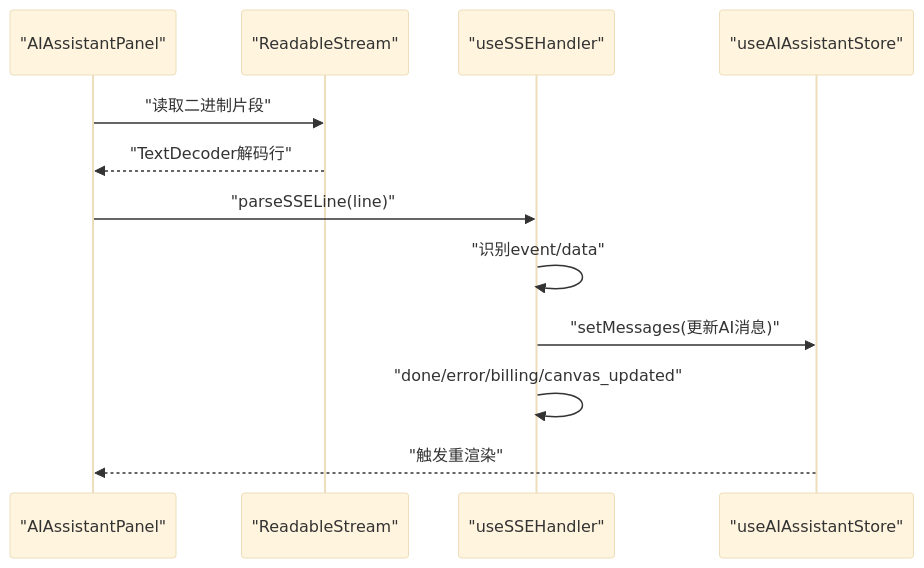
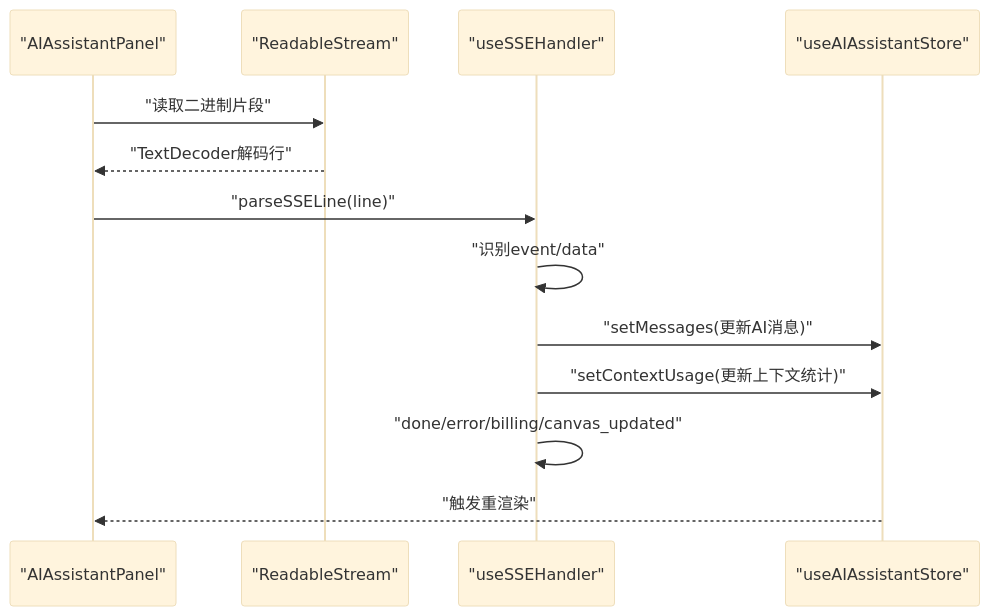
The seventh of 10 diagrams in .qoder/repowiki/zh/content/前端应用架构/UI组件库/画布组件系统/AI助手面板.md (KunLabAI/KunFlix), drawn with Mermaid (base theme) before and after one commit. The commit also changed other lines of this file and 15 other files, not shown here.

````diff
--- a/.qoder/repowiki/zh/content/前端应用架构/UI组件库/画布组件系统/AI助手面板.md
+++ b/.qoder/repowiki/zh/content/前端应用架构/UI组件库/画布组件系统/AI助手面板.md
@@ -290,14 +353,15 @@
 ```mermaid
 sequenceDiagram
 participant P as "AIAssistantPanel"
 participant R as "ReadableStream"
 participant H as "useSSEHandler"
 participant ST as "useAIAssistantStore"
 P->>R : "读取二进制片段"
 R-->>P : "TextDecoder解码行"
 P->>H : "parseSSELine(line)"
 H->>H : "识别event/data"
 H->>ST : "setMessages(更新AI消息)"
+H->>ST : "setContextUsage(更新上下文统计)"
 H->>H : "done/error/billing/canvas_updated"
 ST-->>P : "触发重渲染"
 ```
````
